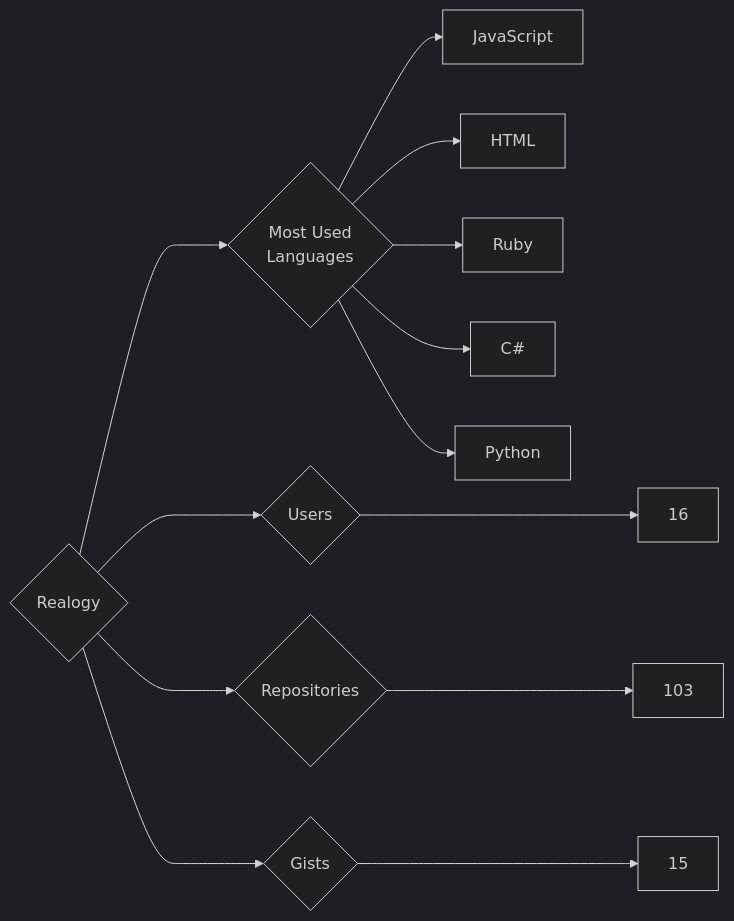
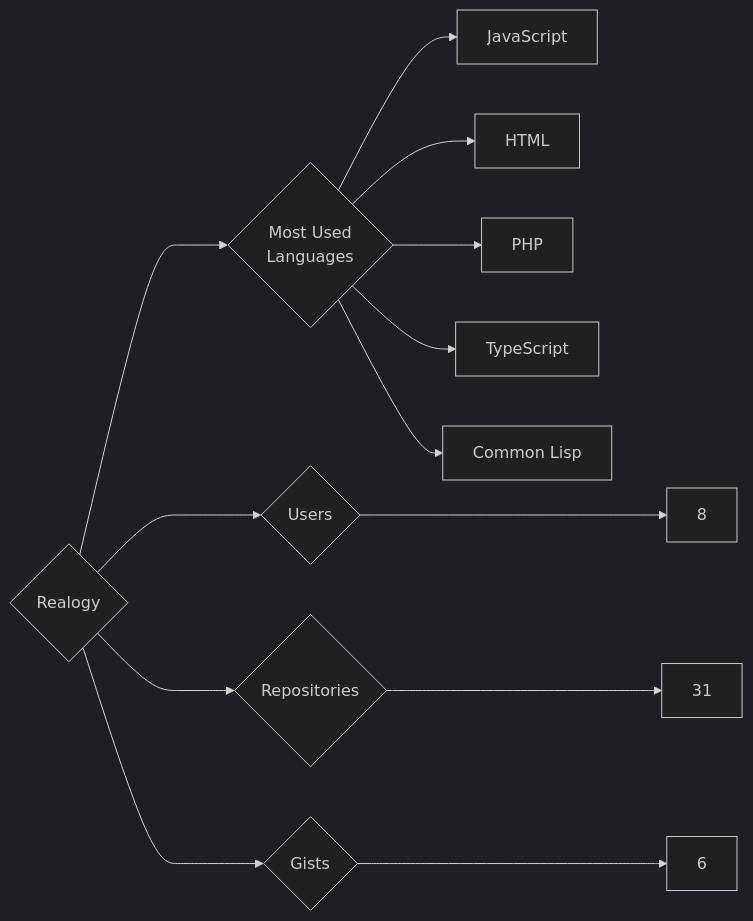
Before and after one commit to trickest/insiders: the diagram in targets/Realogy/README.md, drawn with Mermaid (dark theme). The commit also changed 964 other files, not shown here.

````diff
--- a/targets/Realogy/README.md
+++ b/targets/Realogy/README.md
@@ -3,13 +3,13 @@
 ```mermaid
 graph LR
 COMPANY_NAME{Realogy}
-COMPANY_NAME ---> U{Users} ---> UN[16]
-COMPANY_NAME ---> R{Repositories} ---> RN[103]
-COMPANY_NAME ---> G{Gists} ---> GN[15]
+COMPANY_NAME ---> U{Users} ---> UN[8]
+COMPANY_NAME ---> R{Repositories} ---> RN[31]
+COMPANY_NAME ---> G{Gists} ---> GN[6]
 COMPANY_NAME ---> ML{Most Used<br>Languages}
 ML --> JavaScript[JavaScript]
 ML --> HTML[HTML]
-ML --> Ruby[Ruby]
-ML --> C#[C#]
-ML --> Python[Python]
+ML --> PHP[PHP]
+ML --> TypeScript[TypeScript]
+ML --> Common_Lisp[Common Lisp]
 ```
````
